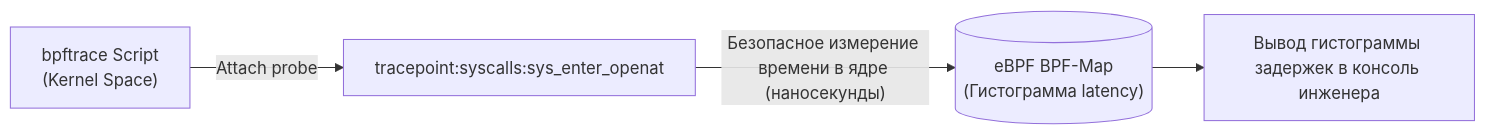
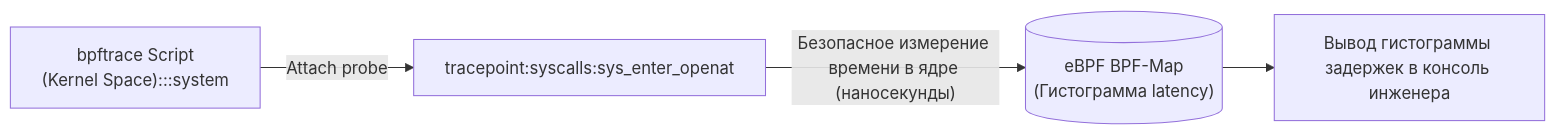
One commit to UnrealTemplier/go-textbook changed the third of 3 diagrams in sources/19. Инфраструктура. Linux, nginx, Docker, Kubernetes/05. Практика/6. Troubleshooting продакшена.md. Above: the diagram before and after it, drawn with Mermaid. The commit also changed other lines of this file and 1666 other files, not shown here.

First line of the commit message:
feat(mermaid): add semantic color classDef to 1369 colorless flowchart/graph diagrams

````diff
--- a/sources/19. Инфраструктура. Linux, nginx, Docker, Kubernetes/05. Практика/6. Troubleshooting продакшена.md
+++ b/sources/19. Инфраструктура. Linux, nginx, Docker, Kubernetes/05. Практика/6. Troubleshooting продакшена.md
@@ -182,6 +192,16 @@
 ```mermaid
 flowchart LR
-    BPF["bpftrace Script\n(Kernel Space)"] -->|"Attach probe"| Trace["tracepoint:syscalls:sys_enter_openat"]
+    classDef process  fill:#1e293b,stroke:#38bdf8,stroke-width:1px,color:#f8fafc
+    classDef success  fill:#064e3b,stroke:#34d399,stroke-width:1px,color:#f8fafc
+    classDef error    fill:#7f1d1d,stroke:#f87171,stroke-width:1px,color:#f8fafc
+    classDef warning  fill:#78350f,stroke:#fbbf24,stroke-width:1px,color:#f8fafc
+    classDef entry    fill:#1e3a5f,stroke:#38bdf8,stroke-width:2px,color:#f8fafc
+    classDef aux      fill:#334155,stroke:#64748b,stroke-width:1px,color:#f8fafc
+    classDef system   fill:#312e81,stroke:#a78bfa,stroke-width:1px,color:#f8fafc
+    classDef data     fill:#132d29,stroke:#2dd4bf,stroke-width:1px,color:#f8fafc
+    classDef network  fill:#881337,stroke:#fb7185,stroke-width:1px,color:#f8fafc
+    classDef accent   fill:#1e1b4b,stroke:#818cf8,stroke-width:1px,color:#f8fafc
+    BPF["bpftrace Script\n(Kernel Space):::system"] -->|"Attach probe"| Trace["tracepoint:syscalls:sys_enter_openat"]
     Trace -->|"Безопасное измерение времени в ядре (наносекунды)"| Map[("eBPF BPF-Map\n(Гистограмма latency)")]
     Map --> Output["Вывод гистограммы задержек в консоль инженера"]
 ```
````
